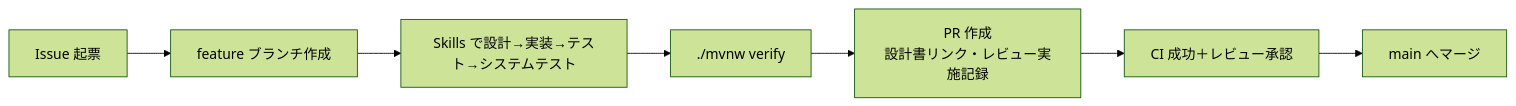
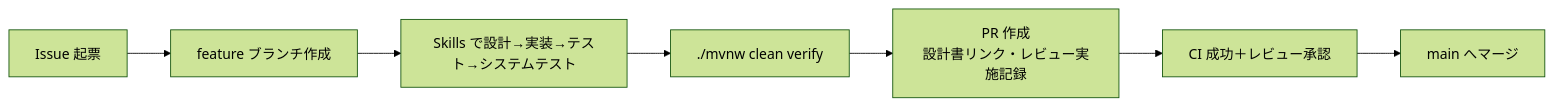
Before and after one commit to nagashima-toru/spring-batch-ai-coding-samples: the second of 2 diagrams in docs/development-guide.md, drawn with Mermaid (forest theme). The commit also changed other lines of this file and 7 other files, not shown here.

````diff
--- a/docs/development-guide.md
+++ b/docs/development-guide.md
@@ -206,9 +206,9 @@
 ```mermaid
 flowchart LR
     A[Issue 起票] --> B[feature ブランチ作成]
     B --> C[Skills で設計→実装→テスト→システムテスト]
-    C --> D[./mvnw verify]
+    C --> D[./mvnw clean verify]
     D --> E[PR 作成<br>設計書リンク・レビュー実施記録]
     E --> F[CI 成功＋レビュー承認]
     F --> G[main へマージ]
 ```
````
